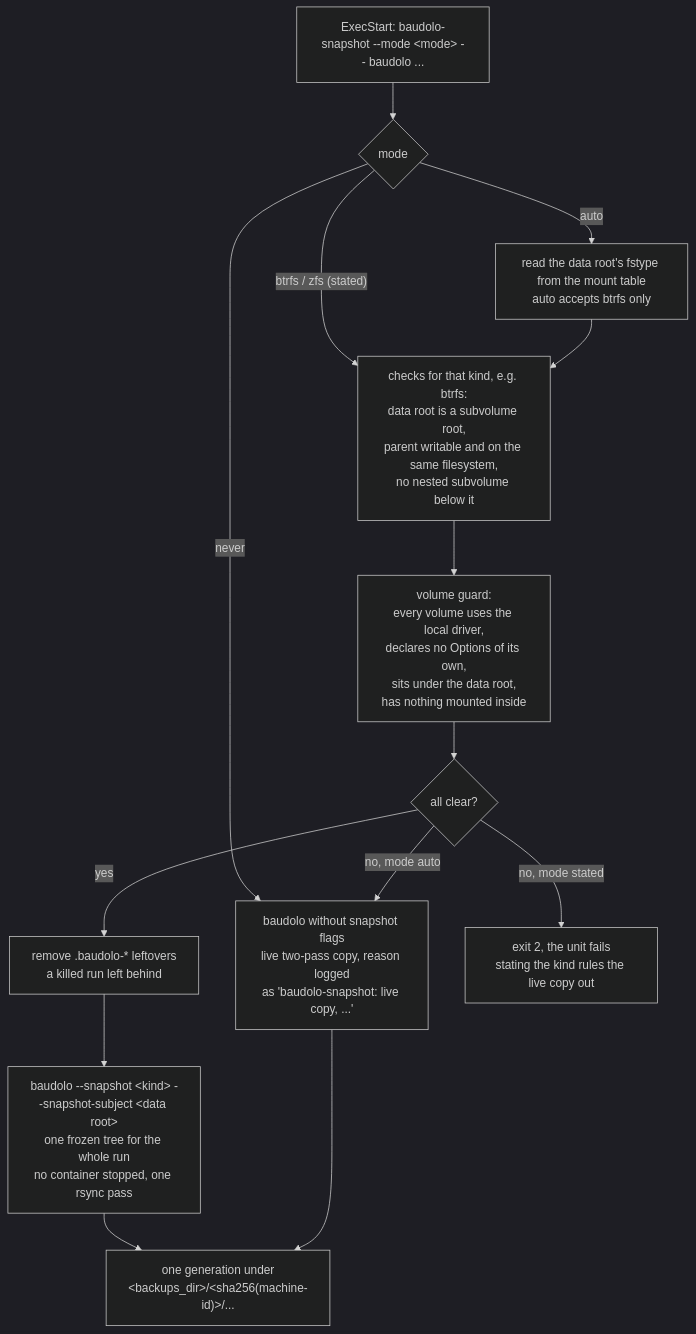
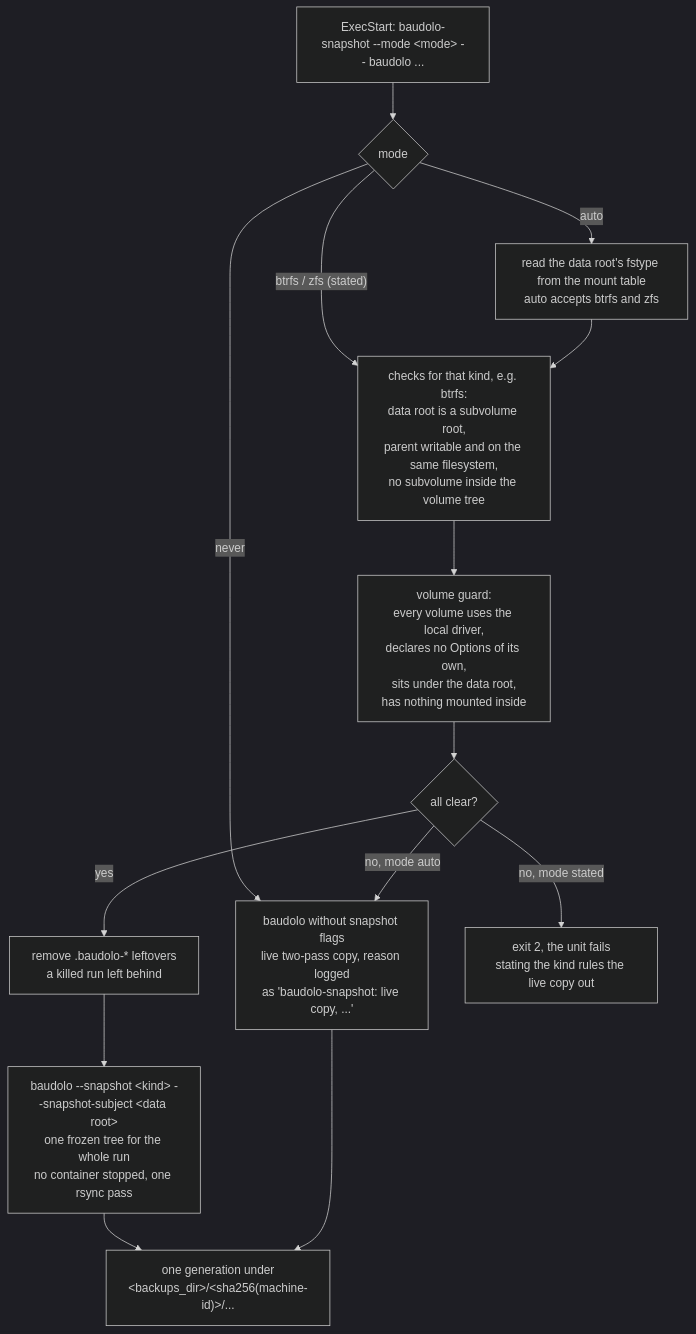
One commit to AlejandroRomanIbanez/infinito-nexus changed the third of 4 diagrams in roles/svc-bkp-volume-2-local/README.md. Above: the diagram before and after it, drawn with Mermaid (dark theme). The commit also changed other lines of this file and 14 other files, not shown here.

````diff
--- a/roles/svc-bkp-volume-2-local/README.md
+++ b/roles/svc-bkp-volume-2-local/README.md
@@ -100,16 +101,16 @@
 ```mermaid
 flowchart TD
     START["ExecStart: baudolo-snapshot --mode &lt;mode&gt; -- baudolo ..."] --> MODE{"mode"}
     MODE -->|never| LIVE
-    MODE -->|auto| LOOKUP["read the data root's fstype from the mount table<br>auto accepts btrfs only"]
+    MODE -->|auto| LOOKUP["read the data root's fstype from the mount table<br>auto accepts btrfs and zfs"]
     MODE -->|"btrfs / zfs (stated)"| FS
-    LOOKUP --> FS["checks for that kind, e.g. btrfs:<br>data root is a subvolume root,<br>parent writable and on the same filesystem,<br>no nested subvolume below it"]
+    LOOKUP --> FS["checks for that kind, e.g. btrfs:<br>data root is a subvolume root,<br>parent writable and on the same filesystem,<br>no subvolume inside the volume tree"]
     FS --> GUARD["volume guard:<br>every volume uses the local driver,<br>declares no Options of its own,<br>sits under the data root,<br>has nothing mounted inside"]
     GUARD --> OK{"all clear?"}
     OK -->|yes| REAP["remove .baudolo-* leftovers<br>a killed run left behind"]
     REAP --> SNAP["baudolo --snapshot &lt;kind&gt; --snapshot-subject &lt;data root&gt;<br>one frozen tree for the whole run<br>no container stopped, one rsync pass"]
     OK -->|"no, mode auto"| LIVE["baudolo without snapshot flags<br>live two-pass copy, reason logged<br>as 'baudolo-snapshot: live copy, ...'"]
     OK -->|"no, mode stated"| ABORT["exit 2, the unit fails<br>stating the kind rules the live copy out"]
     SNAP --> GEN["one generation under<br>&lt;backups_dir&gt;/&lt;sha256(machine-id)&gt;/..."]
     LIVE --> GEN
 ```
````
